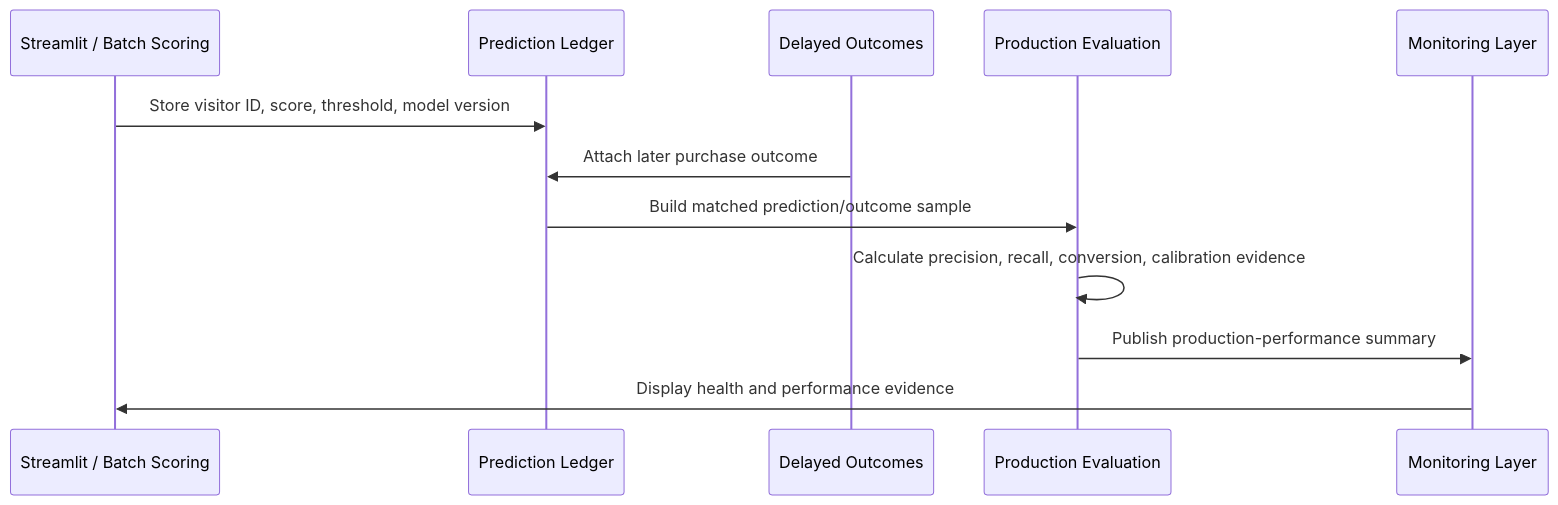
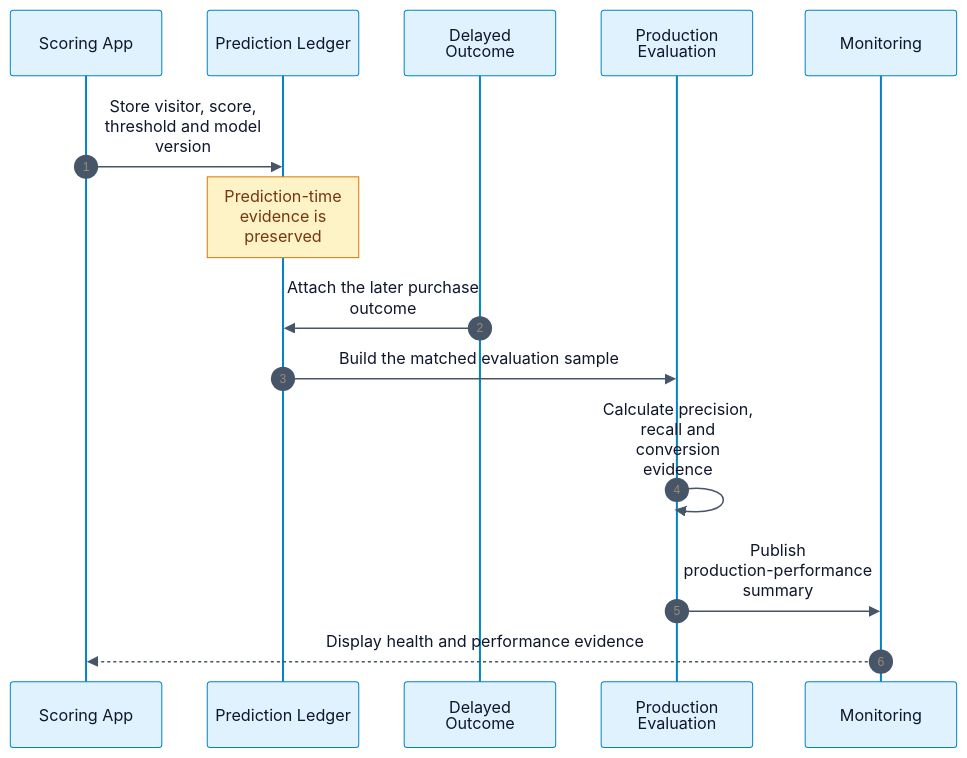
The tenth of 15 diagrams in README.md (RuturajM31/E-Commerce-Conversion-Intelligence-Platform), drawn with Mermaid before and after one commit. The commit also changed other lines of this file, not shown here.

Commit message:
docs: polish README diagrams and visual design

````diff
--- a/README.md
+++ b/README.md
@@ -502,15 +666,18 @@
 ```mermaid
+%%{init: {"theme":"base","sequence":{"useMaxWidth":true,"wrap":true,"diagramMarginX":30,"diagramMarginY":20,"actorMargin":45,"messageMargin":35},"themeVariables":{"fontFamily":"Inter,Segoe UI,Arial,sans-serif","fontSize":"16px","primaryColor":"#E0F2FE","primaryTextColor":"#0F172A","primaryBorderColor":"#0284C7","lineColor":"#64748B","actorBkg":"#E0F2FE","actorBorder":"#0284C7","actorTextColor":"#0F172A","signalColor":"#475569","signalTextColor":"#0F172A","noteBkgColor":"#FEF3C7","noteBorderColor":"#D97706","noteTextColor":"#78350F"}}}%%
 sequenceDiagram
-    participant App as Streamlit / Batch Scoring
+    autonumber
+    participant App as Scoring App
     participant Ledger as Prediction Ledger
-    participant Outcome as Delayed Outcomes
+    participant Outcome as Delayed Outcome
     participant Eval as Production Evaluation
-    participant Monitor as Monitoring Layer
+    participant Monitor as Monitoring
 
-    App->>Ledger: Store visitor ID, score, threshold, model version
-    Outcome->>Ledger: Attach later purchase outcome
-    Ledger->>Eval: Build matched prediction/outcome sample
-    Eval->>Eval: Calculate precision, recall, conversion, calibration evidence
+    App->>Ledger: Store visitor, score, threshold and model version
+    Note over Ledger: Prediction-time evidence is preserved
+    Outcome->>Ledger: Attach the later purchase outcome
+    Ledger->>Eval: Build the matched evaluation sample
+    Eval->>Eval: Calculate precision, recall and conversion evidence
     Eval->>Monitor: Publish production-performance summary
-    Monitor->>App: Display health and performance evidence
+    Monitor-->>App: Display health and performance evidence
 ```
````
